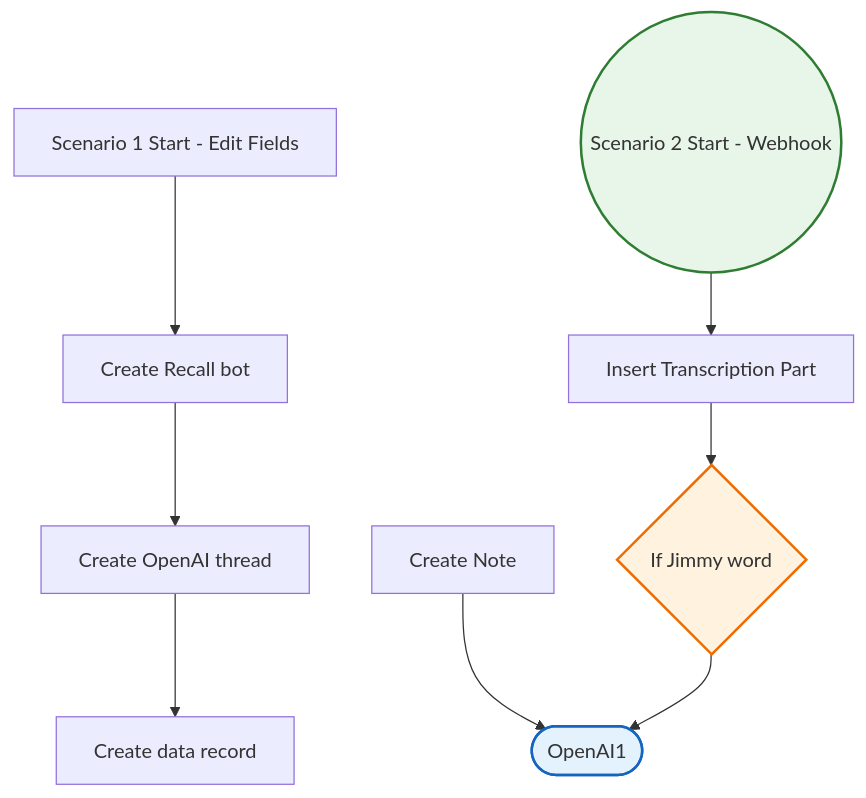
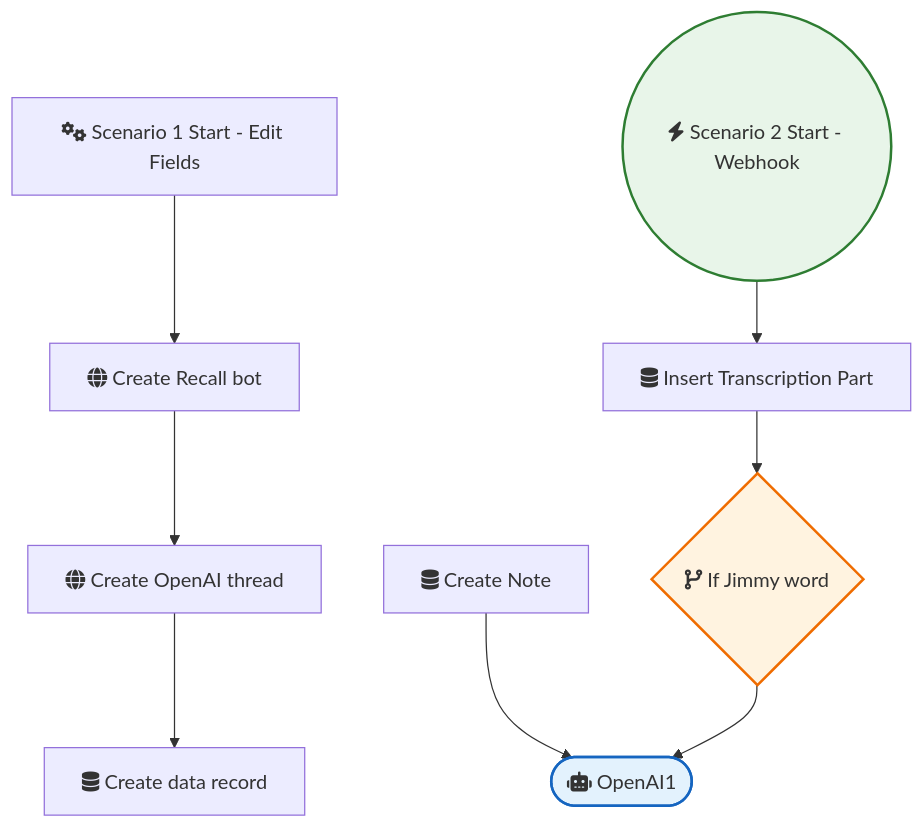
Before and after one commit to sreyash3105/N8N-DEMO-AUTOMATIONS: the diagram in OpenAI_and_LLMs/AI Agent for realtime insights on meetings.md, drawn with Mermaid. The commit also changed 291 other files, not shown here.

````diff
--- a/OpenAI_and_LLMs/AI Agent for realtime insights on meetings.md
+++ b/OpenAI_and_LLMs/AI Agent for realtime insights on meetings.md
@@ -1,24 +1,24 @@
 ```mermaid
 graph TD
     classDef trigger fill:#e8f5e9,stroke:#2e7d32,stroke-width:2px;
     classDef ai fill:#e3f2fd,stroke:#1565c0,stroke-width:2px;
     classDef logic fill:#fff3e0,stroke:#ef6c00,stroke-width:2px;
 
-    OpenAI1(["OpenAI1"]):::ai
-    Insert_Transcription_Part["Insert Transcription Part"]
-    Create_Note["Create Note"]
-    Create_Recall_bot["Create Recall bot"]
-    Create_OpenAI_thread["Create OpenAI thread"]
-    Create_data_record["Create data record"]
-    Scenario_1_Start___Edit_Fields["Scenario 1 Start - Edit Fields"]
-    Scenario_2_Start___Webhook(("Scenario 2 Start - Webhook")):::trigger
-    If_Jimmy_word{"If Jimmy word"}:::logic
+    OpenAI1(["fas:fa-robot OpenAI1"]):::ai
+    Insert_Transcription_Part["fas:fa-database Insert Transcription Part"]
+    Create_Note["fas:fa-database Create Note"]
+    Create_Recall_bot["fas:fa-globe Create Recall bot"]
+    Create_OpenAI_thread["fas:fa-globe Create OpenAI thread"]
+    Create_data_record["fas:fa-database Create data record"]
+    Scenario_1_Start___Edit_Fields["fas:fa-cogs Scenario 1 Start - Edit Fields"]
+    Scenario_2_Start___Webhook(("fas:fa-bolt Scenario 2 Start - Webhook")):::trigger
+    If_Jimmy_word{"fas:fa-code-branch If Jimmy word"}:::logic
 
     Create_Note --> OpenAI1
     If_Jimmy_word --> OpenAI1
     Create_Recall_bot --> Create_OpenAI_thread
     Create_OpenAI_thread --> Create_data_record
     Insert_Transcription_Part --> If_Jimmy_word
     Scenario_2_Start___Webhook --> Insert_Transcription_Part
     Scenario_1_Start___Edit_Fields --> Create_Recall_bot
 ```
````
